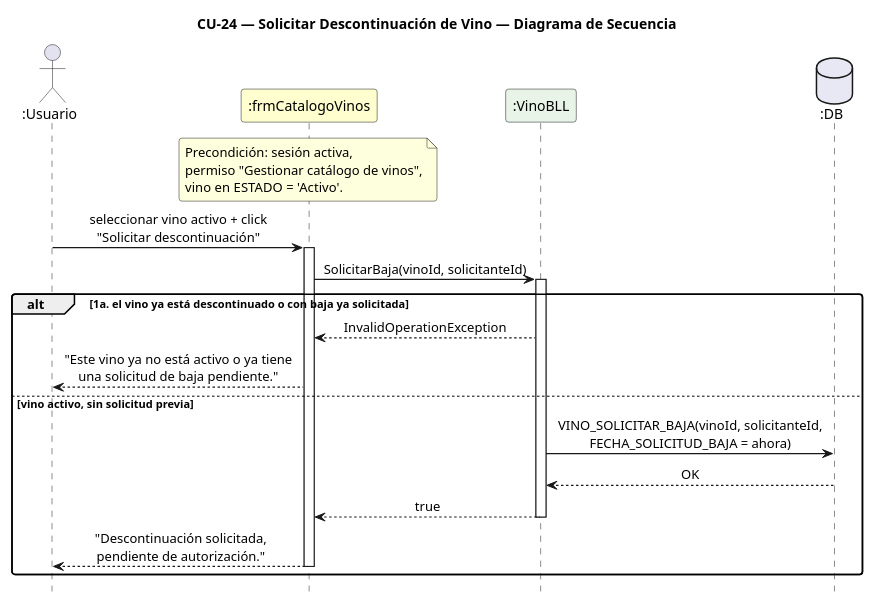
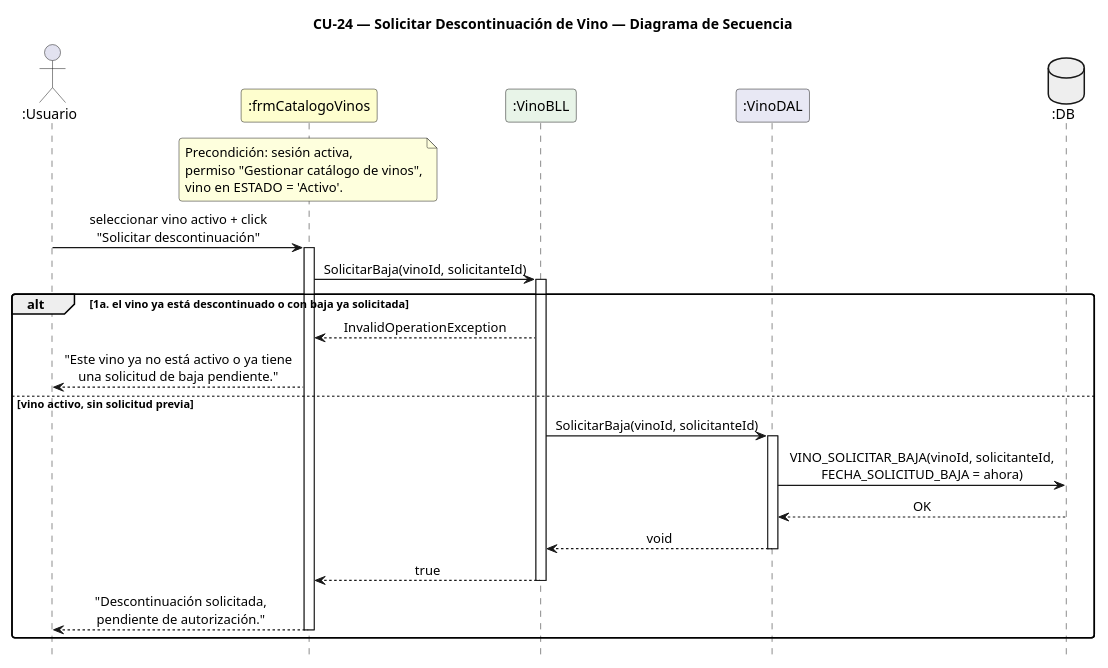
Before and after one commit to Jesifu/club-de-vinos-td: the diagram in DIAGRAMAS/DiagramaSecuencia_CU24_SolicitarDescontinuacion.puml, drawn with PlantUML. The commit also changed 17 other files, not shown here.

First line of the commit message:
docs: split alta/descontinuacion CU diagrams into CU21-27 and add CU27

```diff
--- a/DIAGRAMAS/DiagramaSecuencia_CU24_SolicitarDescontinuacion.puml
+++ b/DIAGRAMAS/DiagramaSecuencia_CU24_SolicitarDescontinuacion.puml
@@ -1,40 +1,45 @@
 @startuml DiagramaSecuencia_CU24_SolicitarDescontinuacion
 
 title CU-24 — Solicitar Descontinuación de Vino — Diagrama de Secuencia
 
 skinparam shadowing false
 skinparam roundcorner 6
 skinparam sequenceArrowThickness 1.2
 skinparam sequenceMessageAlign center
 hide footbox
 scale 0.8
 
 actor       ":Usuario"              as U
 participant ":frmCatalogoVinos"     as FC #FEFECE
 participant ":VinoBLL"              as VB #E8F4E8
-database    ":DB"                   as DB #E8E8F4
+participant ":VinoDAL"              as VD #E8E8F4
+database    ":DB"                   as DB #EEEEEE
 
 note over FC
   Precondición: sesión activa,
   permiso "Gestionar catálogo de vinos",
   vino en ESTADO = 'Activo'.
 end note
 
 U -> FC : seleccionar vino activo + click\n"Solicitar descontinuación"
 activate FC
 FC -> VB : SolicitarBaja(vinoId, solicitanteId)
 activate VB
 
 alt 1a. el vino ya está descontinuado o con baja ya solicitada
   VB --> FC : InvalidOperationException
   FC --> U : "Este vino ya no está activo o ya tiene\nuna solicitud de baja pendiente."
 else vino activo, sin solicitud previa
-  VB -> DB : VINO_SOLICITAR_BAJA(vinoId, solicitanteId,\nFECHA_SOLICITUD_BAJA = ahora)
-  DB --> VB : OK
+  VB -> VD : SolicitarBaja(vinoId, solicitanteId)
+  activate VD
+  VD -> DB : VINO_SOLICITAR_BAJA(vinoId, solicitanteId,\nFECHA_SOLICITUD_BAJA = ahora)
+  DB --> VD : OK
+  VD --> VB : void
+  deactivate VD
   VB --> FC : true
   deactivate VB
   FC --> U : "Descontinuación solicitada,\npendiente de autorización."
   deactivate FC
 end
 
 @enduml
```
